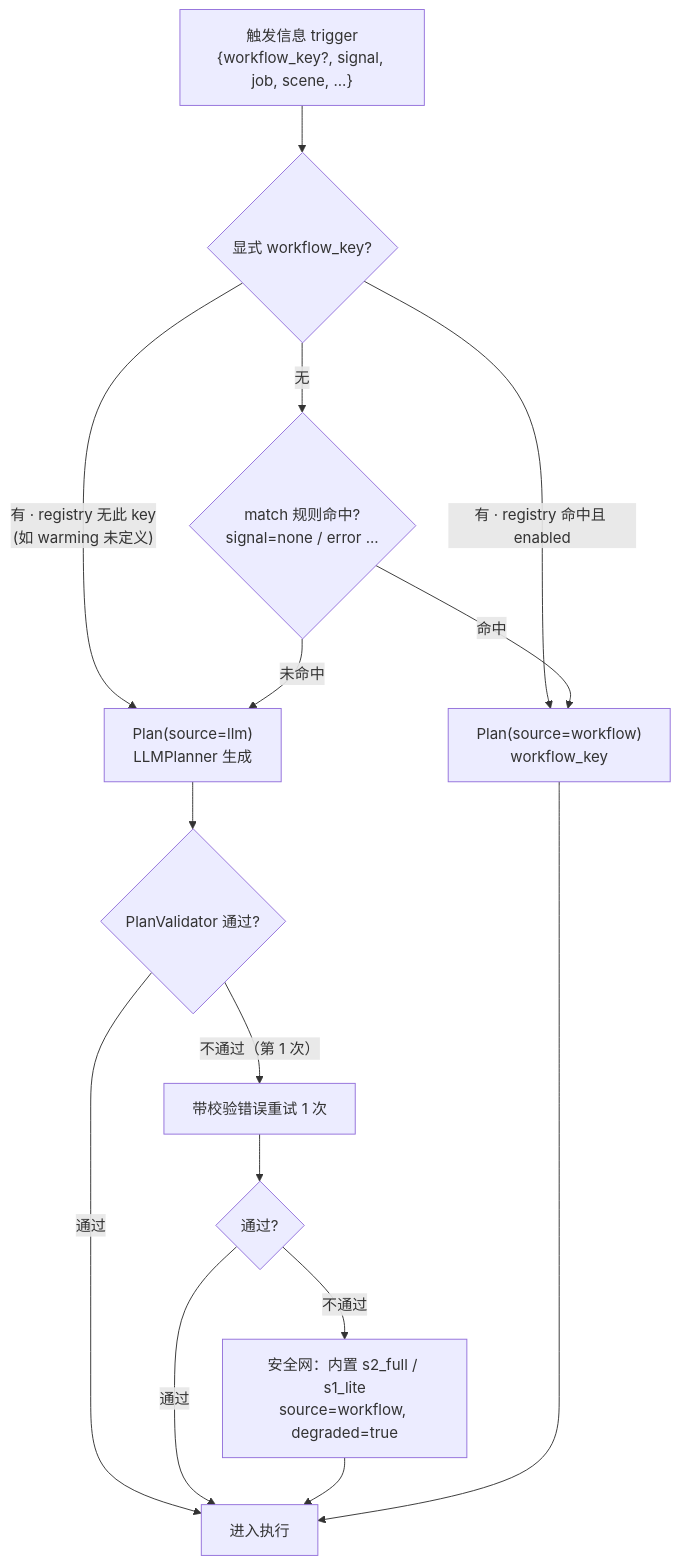
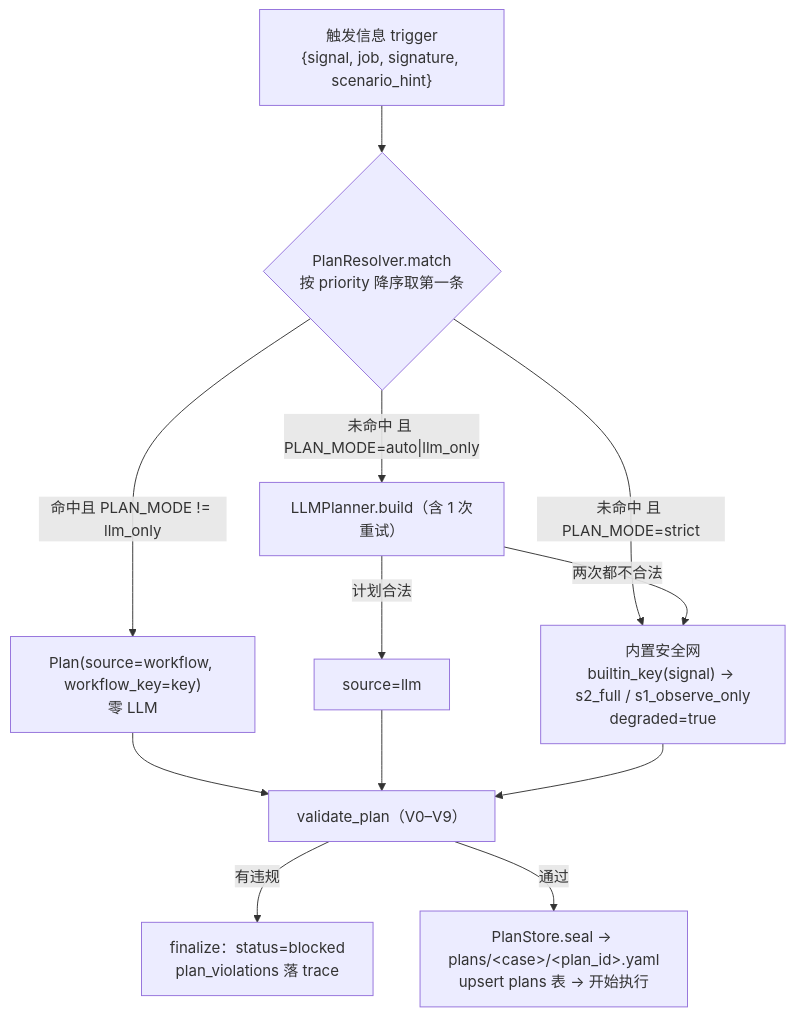
One commit to IQE-SUZHOU/iqe-agent-orchestrator changed the diagram in docs/architecture/03-编排层LangGraph设计.md. Above: the diagram before and after it, drawn with Mermaid. The commit also changed other lines of this file and 10 other files, not shown here.

````diff
--- a/docs/architecture/03-编排层LangGraph设计.md
+++ b/docs/architecture/03-编排层LangGraph设计.md
@@ -45,17 +49,14 @@
 ```mermaid
 flowchart TB
-  T["触发信息 trigger<br/>{workflow_key?, signal, job, scene, ...}"] --> A{显式 workflow_key?}
-  A -- "有 · registry 命中且 enabled" --> W["Plan(source=workflow)<br/>workflow_key"]
-  A -- "有 · registry 无此 key<br/>(如 warming 未定义)" --> L
-  A -- "无" --> B{match 规则命中?<br/>signal=none / error ...}
-  B -- 命中 --> W
-  B -- 未命中 --> L["Plan(source=llm)<br/>LLMPlanner 生成"]
-  L --> V{PlanValidator 通过?}
-  V -- 通过 --> OK["进入执行"]
-  V -- "不通过（第 1 次）" --> L2["带校验错误重试 1 次"]
-  L2 --> V2{通过?}
-  V2 -- 通过 --> OK
-  V2 -- 不通过 --> S["安全网：内置 s2_full / s1_lite<br/>source=workflow, degraded=true"]
-  S --> OK
-  W --> OK
+  T["触发信息 trigger<br/>{signal, job, signature, scenario_hint}"] --> M{"PlanResolver.match<br/>按 priority 降序取第一条"}
+  M -- "命中且 PLAN_MODE != llm_only" --> W["Plan(source=workflow, workflow_key=key)<br/>零 LLM"]
+  M -- "未命中 且 PLAN_MODE=strict" --> B["内置安全网<br/>builtin_key(signal) → s2_full / s1_observe_only<br/>degraded=true"]
+  M -- "未命中 且 PLAN_MODE=auto|llm_only" --> L["LLMPlanner.build（含 1 次重试）"]
+  L -- "计划合法" --> OK["source=llm"]
+  L -- "两次都不合法" --> B
+  W --> V["validate_plan（V0–V9）"]
+  OK --> V
+  B --> V
+  V -- "有违规" --> X["finalize：status=blocked<br/>plan_violations 落 trace"]
+  V -- "通过" --> S["PlanStore.seal → plans/&lt;case&gt;/&lt;plan_id&gt;.yaml<br/>upsert plans 表 → 开始执行"]
 ```
````
